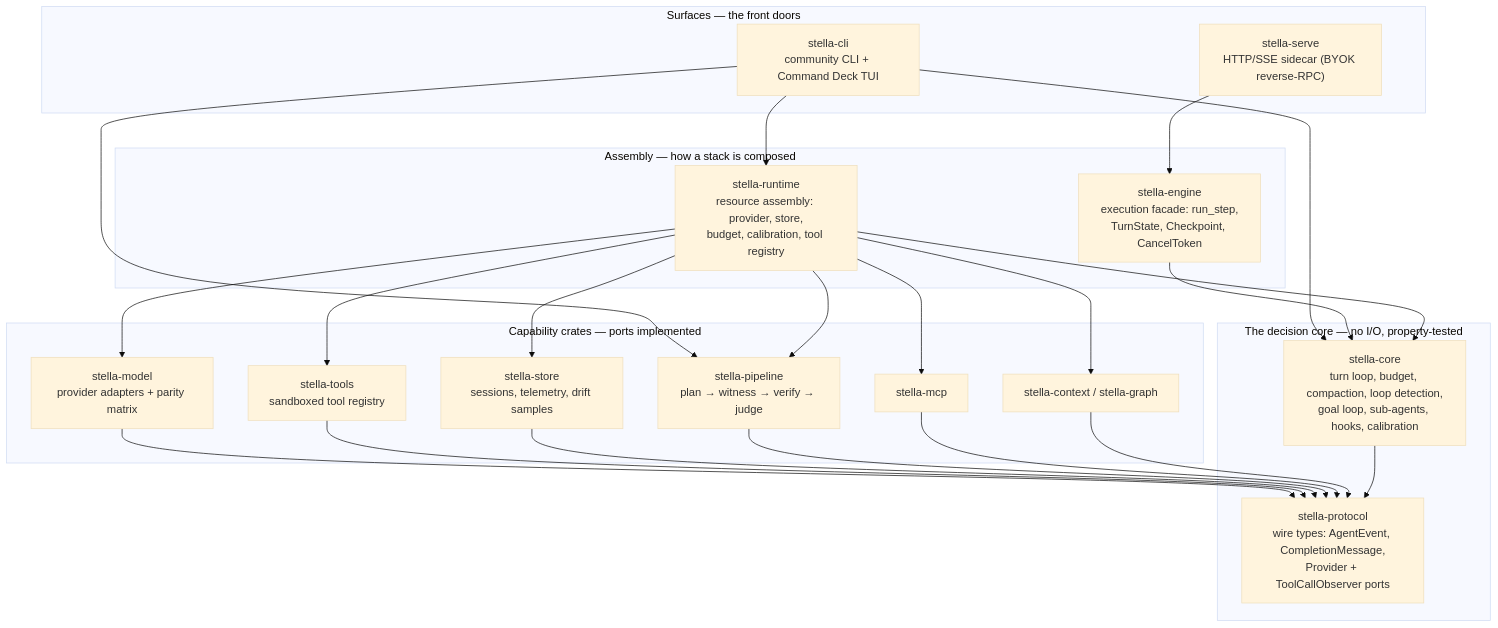
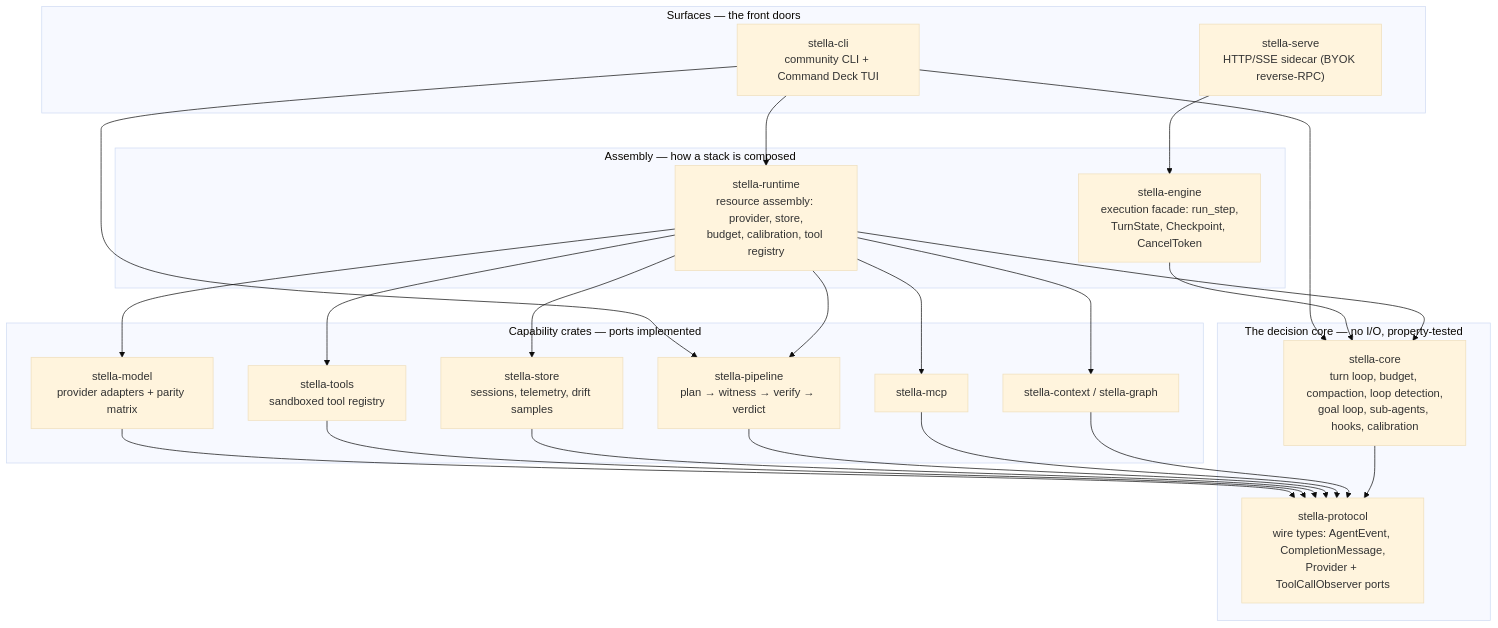
One commit to macanderson/stella changed the first of 3 diagrams in docs/design/engine-embedding.md. Above: the diagram before and after it, drawn with Mermaid (base theme). The commit also changed other lines of this file and 259 other files, not shown here.

````diff
--- a/docs/design/engine-embedding.md
+++ b/docs/design/engine-embedding.md
@@ -43,36 +43,36 @@
 ```mermaid
 flowchart TB
     subgraph surfaces["Surfaces — the front doors"]
         CLI["stella-cli<br/>community CLI + Command Deck TUI"]
         SERVE["stella-serve<br/>HTTP/SSE sidecar (BYOK reverse-RPC)"]
     end
 
     subgraph assembly["Assembly — how a stack is composed"]
         RUNTIME["stella-runtime<br/>resource assembly: provider, store,<br/>budget, calibration, tool registry"]
         ENGINE["stella-engine<br/>execution facade: run_step,<br/>TurnState, Checkpoint, CancelToken"]
     end
 
     subgraph capability["Capability crates — ports implemented"]
         MODEL["stella-model<br/>provider adapters + parity matrix"]
         TOOLS["stella-tools<br/>sandboxed tool registry"]
         STORE["stella-store<br/>sessions, telemetry, drift samples"]
-        PIPE["stella-pipeline<br/>plan → witness → verify → judge"]
+        PIPE["stella-pipeline<br/>plan → witness → verify → verdict"]
         MCP["stella-mcp"]
         CTX["stella-context / stella-graph"]
     end
 
     subgraph core["The decision core — no I/O, property-tested"]
         CORE["stella-core<br/>turn loop, budget, compaction, loop detection,<br/>goal loop, sub-agents, hooks, calibration"]
         PROTO["stella-protocol<br/>wire types: AgentEvent, CompletionMessage,<br/>Provider + ToolCallObserver ports"]
     end
 
     CLI --> RUNTIME
     CLI --> PIPE
     CLI --> CORE
     SERVE --> ENGINE
     RUNTIME --> MODEL & TOOLS & STORE & MCP & CTX & PIPE
     ENGINE --> CORE
     RUNTIME --> CORE
     MODEL & TOOLS & STORE & PIPE & MCP & CTX --> PROTO
     CORE --> PROTO
 ```
````
